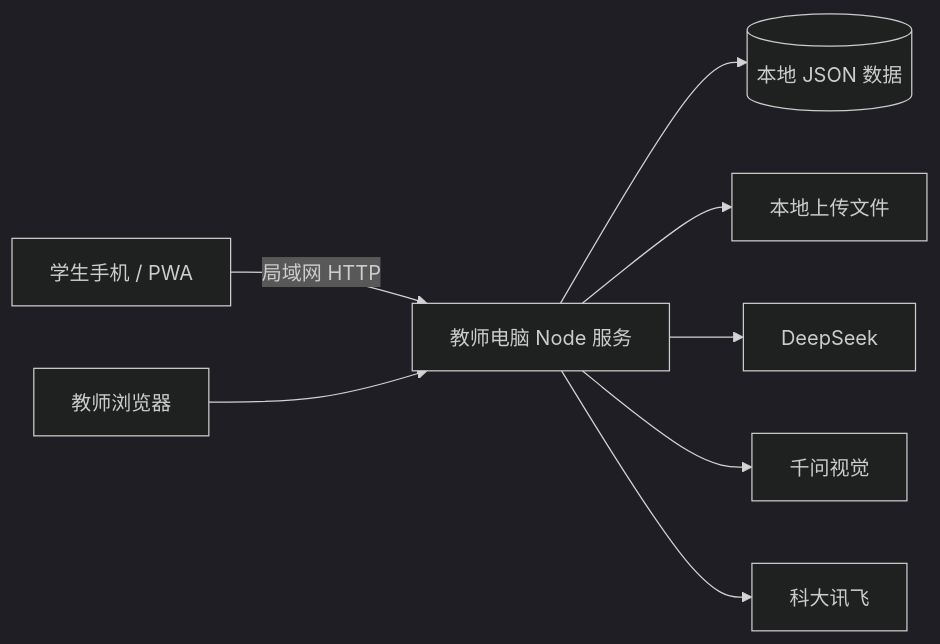
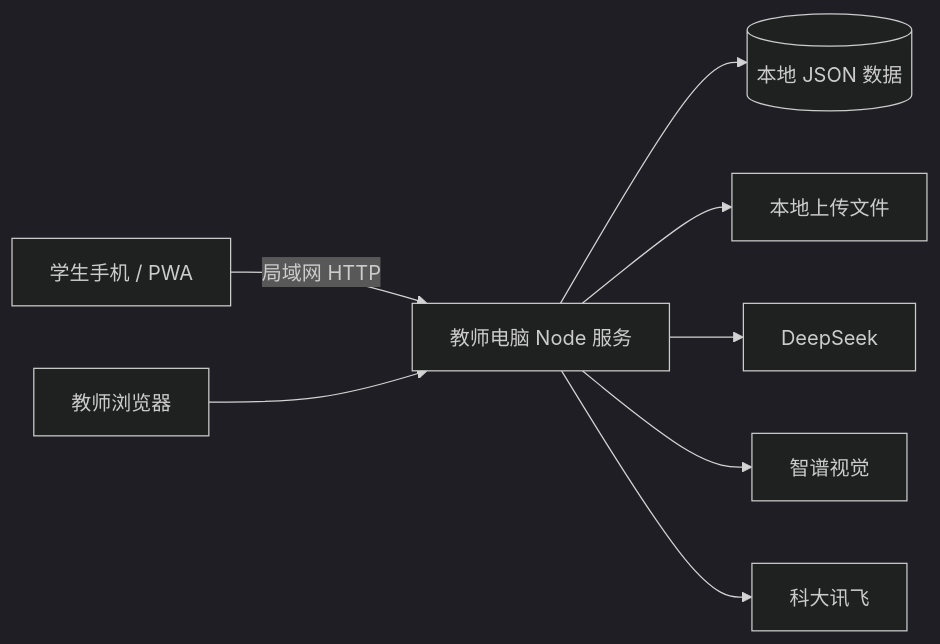
The diagram in README.md (farlater/zhixing-ai-teaching-assistant), drawn with Mermaid (dark theme) before and after one commit. The commit also changed other lines of this file and 6 other files, not shown here.

````diff
--- a/README.md
+++ b/README.md
@@ -37,10 +37,10 @@
 ```mermaid
 flowchart LR
     S[学生手机 / PWA] -->|局域网 HTTP| T[教师电脑 Node 服务]
     W[教师浏览器] --> T
     T --> D[(本地 JSON 数据)]
     T --> F[本地上传文件]
     T --> DS[DeepSeek]
-    T --> QW[千问视觉]
+    T --> ZV[智谱视觉]
     T --> XF[科大讯飞]
 ```
````
